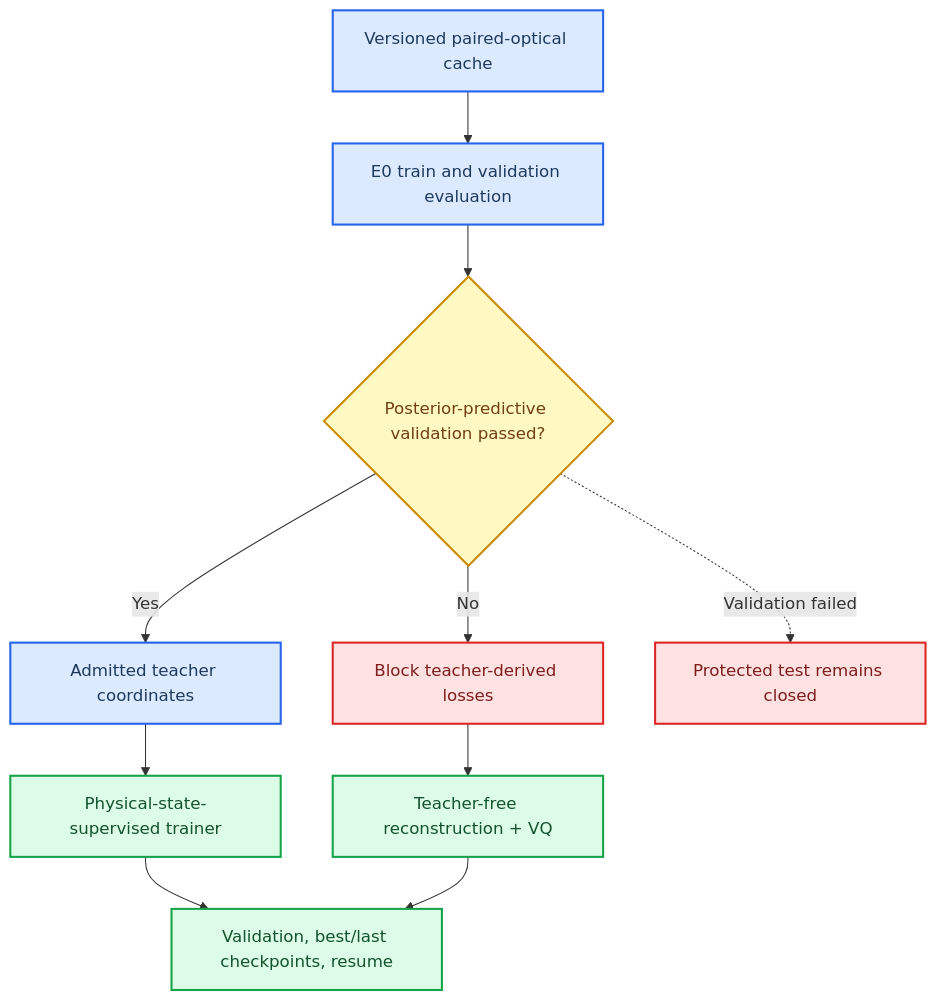
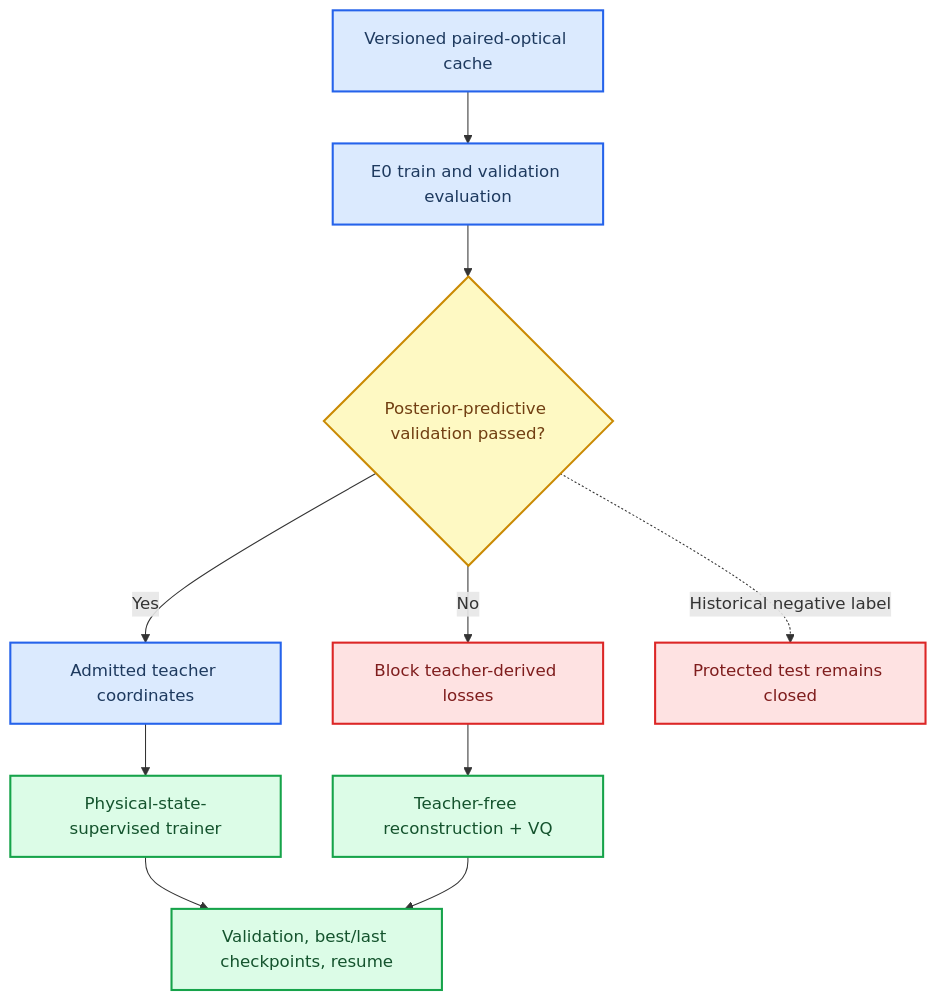
Before and after one commit to Kevin65536/PID-MCM: the diagram in docs/architecture_changelog/2026-07-03_e0_gate_and_training_runtime.md, drawn with Mermaid. The commit also changed other lines of this file and 30 other files, not shown here.

Commit message:
docs: accept sign-calibrated physical teacher for E0

````diff
--- a/docs/architecture_changelog/2026-07-03_e0_gate_and_training_runtime.md
+++ b/docs/architecture_changelog/2026-07-03_e0_gate_and_training_runtime.md
@@ -16,25 +29,25 @@
 ```mermaid
 flowchart TD
     accTitle: E0-gated tokenizer training paths
-    accDescr: Teacher validity is evaluated on training and validation subjects. A failed E0 blocks physical supervision but permits an explicit teacher-free reconstruction and quantization baseline. Protected test data stays closed.
+    accDescr: Historical runtime logic evaluated teacher validity on training and validation subjects; the later sign-calibrated adaptive SSM decision passes complete E0.
 
     cache["Versioned paired-optical cache"] --> e0["E0 train and validation evaluation"]
     e0 --> decision{"Posterior-predictive validation passed?"}
     decision -->|Yes| mask["Admitted teacher coordinates"]
     mask --> supervised["Physical-state-supervised trainer"]
     decision -->|No| blocked["Block teacher-derived losses"]
     blocked --> baseline["Teacher-free reconstruction + VQ"]
     supervised --> runtime["Validation, best/last checkpoints, resume"]
     baseline --> runtime
-    decision -. "Validation failed" .-> protected["Protected test remains closed"]
+    decision -. "Historical negative label" .-> protected["Protected test remains closed"]
 
     classDef data fill:#dbeafe,stroke:#2563eb,stroke-width:2px,color:#1e3a5f
     classDef decisionNode fill:#fef9c3,stroke:#ca8a04,stroke-width:2px,color:#713f12
     classDef blockedNode fill:#fee2e2,stroke:#dc2626,stroke-width:2px,color:#7f1d1d
     classDef runtimeNode fill:#dcfce7,stroke:#16a34a,stroke-width:2px,color:#14532d
 
     class cache,e0,mask data
     class decision decisionNode
     class blocked,protected blockedNode
     class supervised,baseline,runtime runtimeNode
 ```
````
